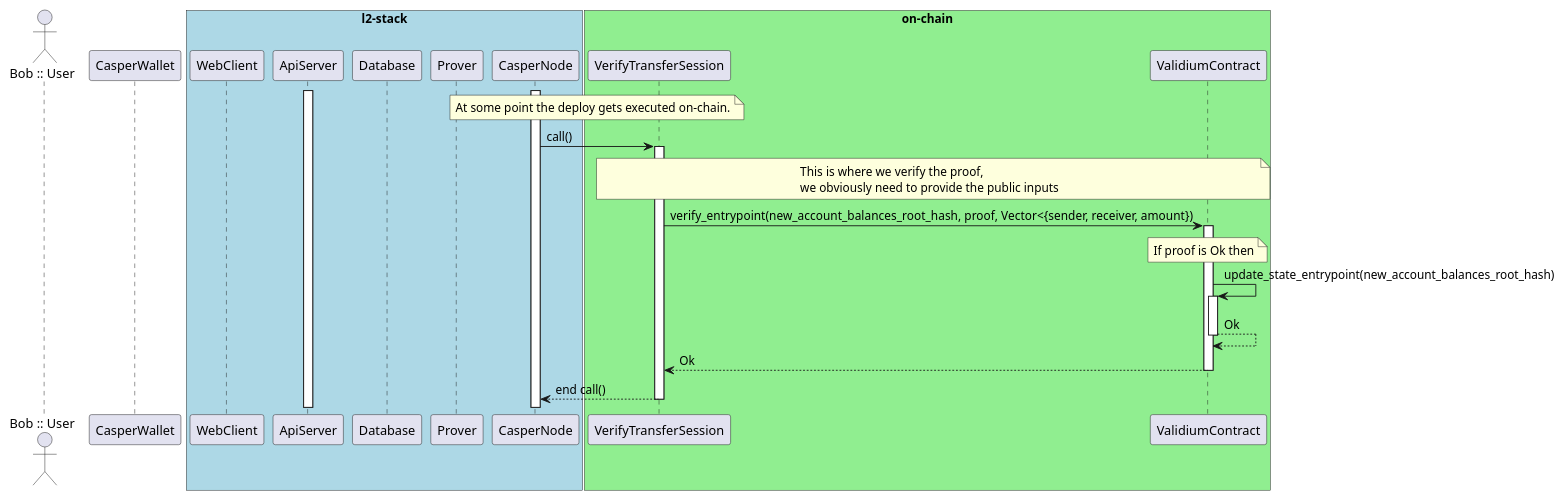
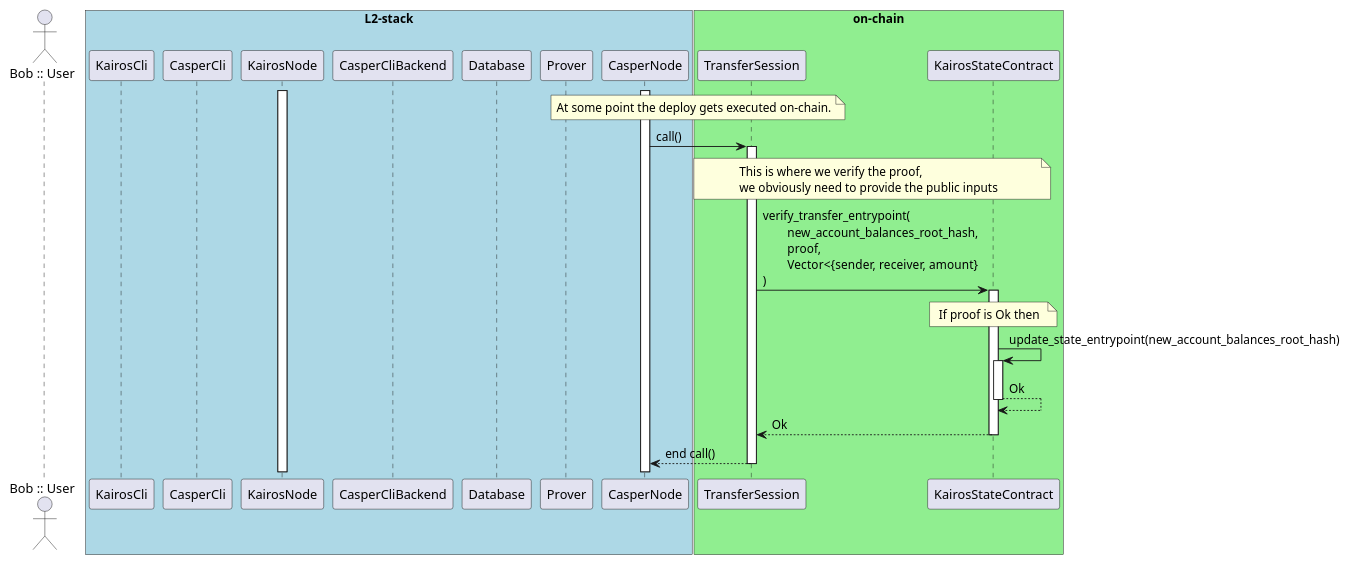
The diagram in diagrams/transfer_sequence_diagram_deploy_execution.puml (cspr-rad/kairos-spec), drawn with PlantUML before and after one commit. The commit also changed 4 other files, not shown here.

Commit message:
diagrams: update transaction diagrams and text

```diff
--- a/diagrams/transfer_sequence_diagram_deploy_execution.puml
+++ b/diagrams/transfer_sequence_diagram_deploy_execution.puml
@@ -1,40 +1,41 @@
 @startuml
 autoactivate on
 actor "Bob :: User" as Bob
-participant CasperWallet
-box "l2-stack" #LightBlue
-participant WebClient
-participant ApiServer
+box "L2-stack" #LightBlue
+participant KairosCli
+participant CasperCli
+participant KairosNode
+participant CasperCliBackend
 participant Database
 participant Prover
 participant CasperNode
 end box
 box "on-chain" #LightGreen
-participant VerifyTransferSession
-participant ValidiumContract
+participant TransferSession
+participant KairosStateContract
 end box
 
 activate CasperNode
-activate ApiServer
+activate KairosNode
 
-note over CasperNode, VerifyTransferSession
+note over CasperNode, TransferSession
 At some point the deploy gets executed on-chain.
 end note
 
-CasperNode -> VerifyTransferSession: call()
+CasperNode -> TransferSession: call()
 
-note over VerifyTransferSession, ValidiumContract
+note over TransferSession, KairosStateContract
 This is where we verify the proof,
 we obviously need to provide the public inputs
 end note
 
-VerifyTransferSession -> ValidiumContract: verify_entrypoint(new_account_balances_root_hash, proof, Vector<{sender, receiver, amount})
+TransferSession -> KairosStateContract: verify_transfer_entrypoint(\n\tnew_account_balances_root_hash,\n\tproof,\n\tVector<{sender, receiver, amount}\n)
 
-note over ValidiumContract, ValidiumContract
+note over KairosStateContract, KairosStateContract
 If proof is Ok then
 end note
-ValidiumContract -> ValidiumContract: update_state_entrypoint(new_account_balances_root_hash)
-ValidiumContract --> ValidiumContract: Ok
-ValidiumContract --> VerifyTransferSession: Ok 
-VerifyTransferSession --> CasperNode: end call()
+KairosStateContract -> KairosStateContract: update_state_entrypoint(new_account_balances_root_hash)
+KairosStateContract --> KairosStateContract: Ok
+KairosStateContract --> TransferSession: Ok 
+TransferSession --> CasperNode: end call()
 @enduml
```
